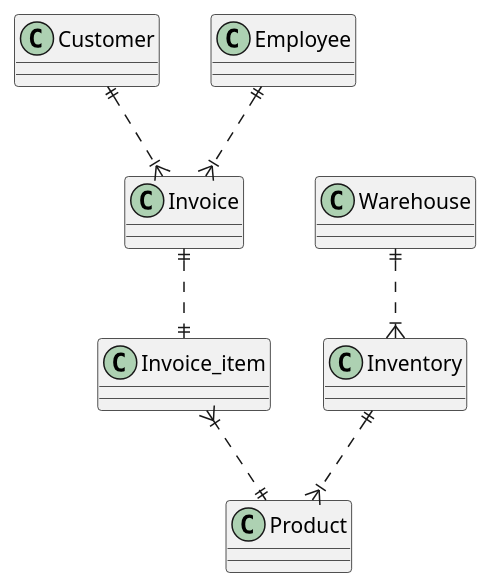
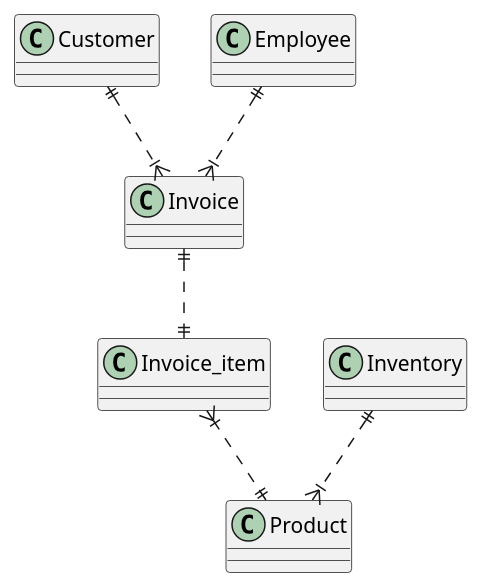
One commit to 2122-4ahif-nvs/01-microproject-AnnaHartl changed the diagram in asciidocs/plantuml/erd_garden.puml. Above: the diagram before and after it, drawn with PlantUML. The commit also changed 1 other file, not shown here.

Commit message:
deleted entity warehouse

```diff
--- a/asciidocs/plantuml/erd_garden.puml
+++ b/asciidocs/plantuml/erd_garden.puml
@@ -1,8 +1,7 @@
 @startuml
 Customer ||..|{ Invoice
 Invoice ||..|| Invoice_item
 Invoice_item }|..|| Product
 Employee ||..|{ Invoice
-Warehouse ||..|{ Inventory
 Inventory ||..|{ Product
 @enduml
```
